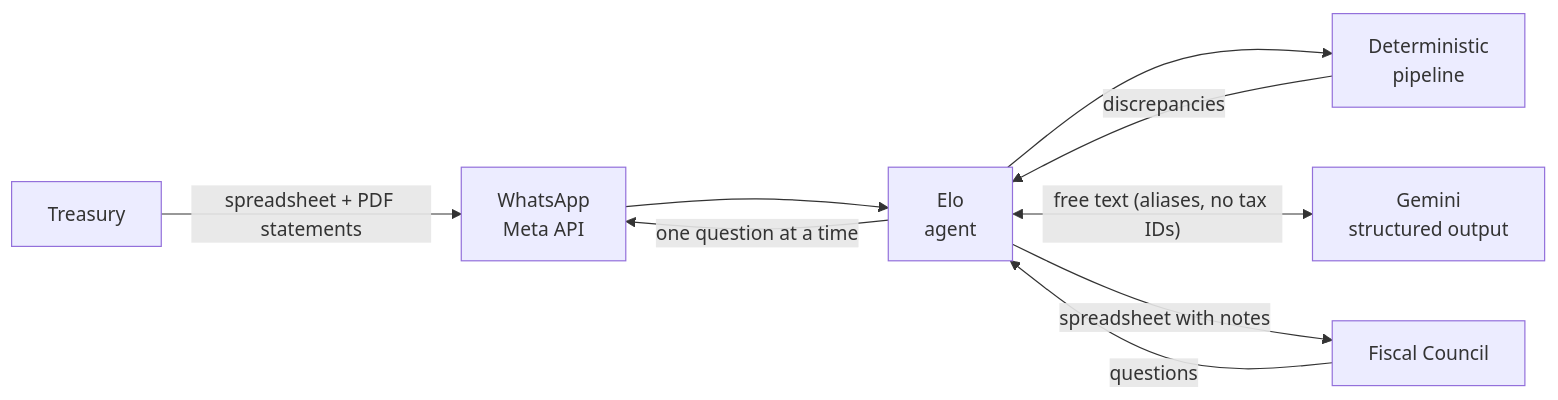
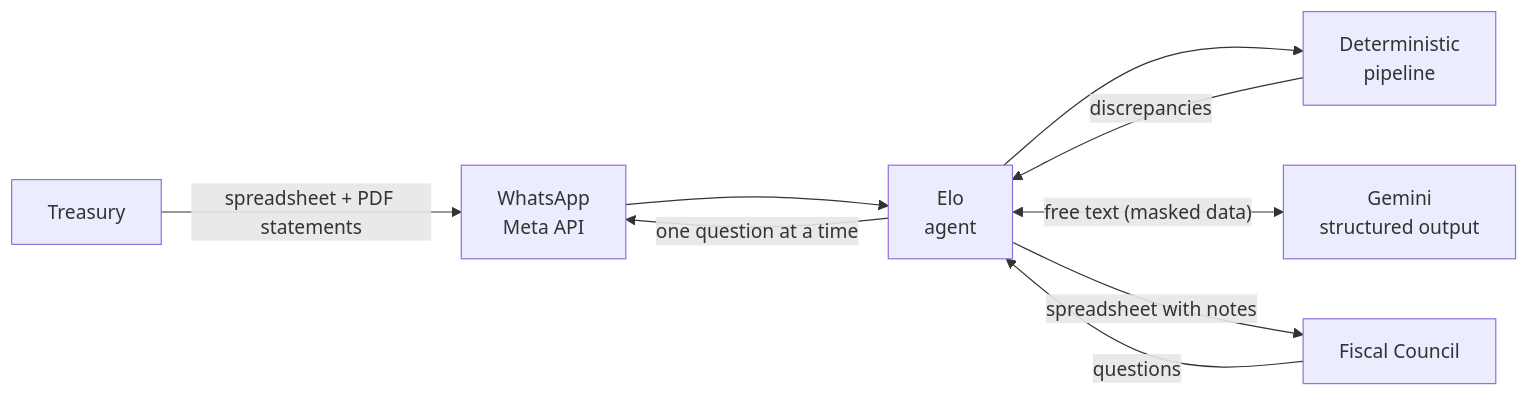
The diagram in README.en.md (ataideray/revenue-reconciliation-agent), drawn with Mermaid before and after one commit. The commit also changed other lines of this file and 1 other file, not shown here.

````diff
--- a/README.en.md
+++ b/README.en.md
@@ -87,11 +68,11 @@
 ```mermaid
 flowchart LR
     T[Treasury] -- spreadsheet + PDF statements --> W[WhatsApp<br/>Meta API]
     W --> A[Elo<br/>agent]
     A --> P[Deterministic<br/>pipeline]
     P -- discrepancies --> A
     A -- "one question at a time" --> W
-    A <-- "free text (aliases, no tax IDs)" --> G[Gemini<br/>structured output]
+    A <-- "free text (masked data)" --> G[Gemini<br/>structured output]
     A -- spreadsheet with notes --> CF[Fiscal Council]
     CF -- questions --> A
 ```
````
